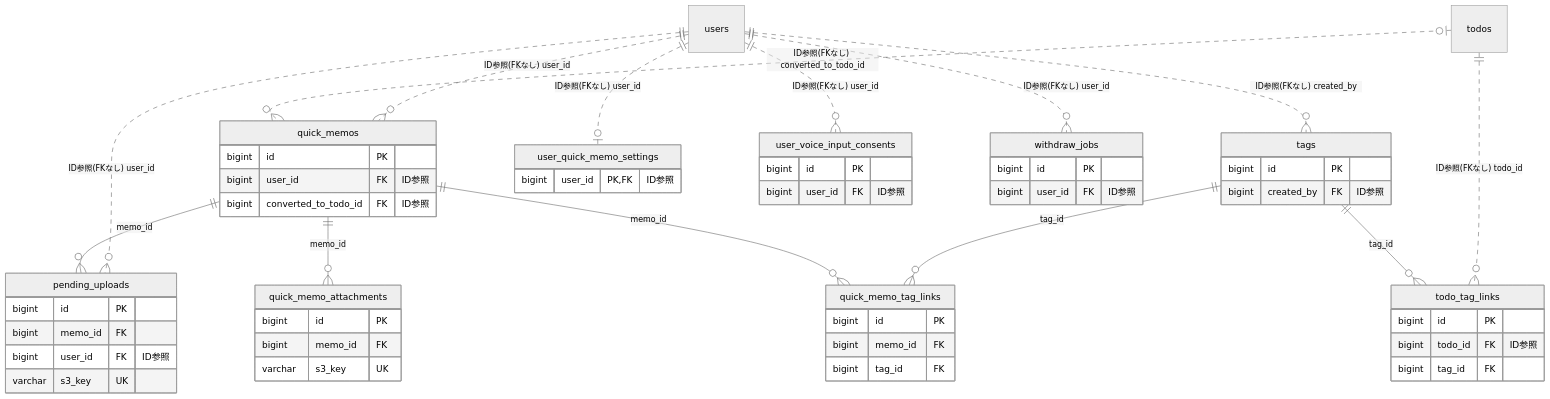
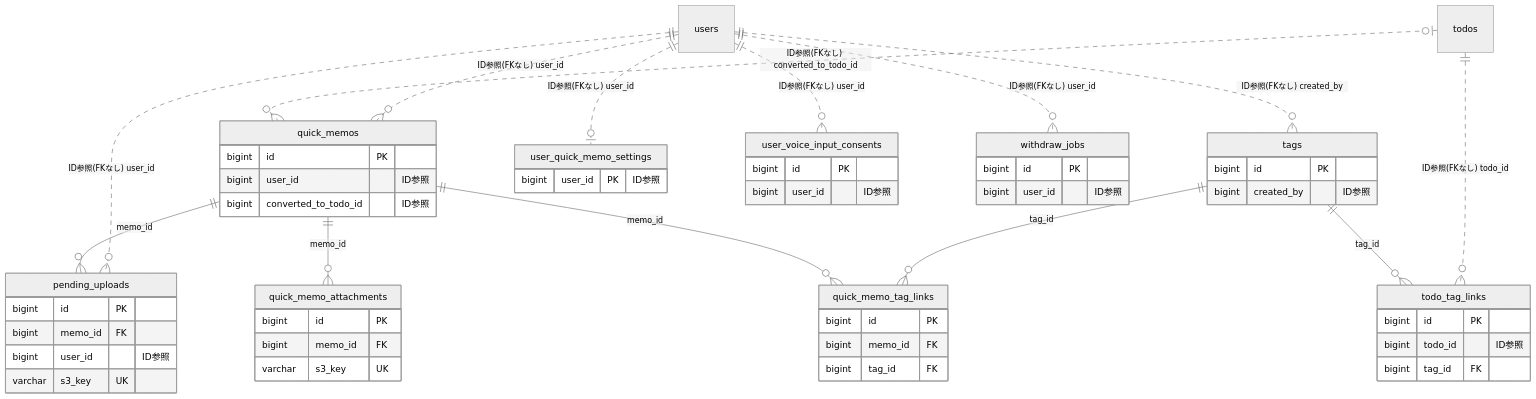
The diagram in docs/architecture/er/quickmemo.md (kenta-0420/mannschaft), drawn with Mermaid (neutral theme) before and after one commit. The commit also changed other lines of this file and 115 other files, not shown here.

Commit message:
改善: ER図のFKマーカーを実FKのみに限定し、被参照の逆引き節とREADME凡例を追加 (PR #4268)

````diff
--- a/docs/architecture/er/quickmemo.md
+++ b/docs/architecture/er/quickmemo.md
@@ -12,59 +12,59 @@
 ```mermaid
 erDiagram
     pending_uploads {
         bigint id PK
         bigint memo_id FK
-        bigint user_id FK "ID参照"
+        bigint user_id "ID参照"
         varchar s3_key UK
     }
     quick_memo_attachments {
         bigint id PK
         bigint memo_id FK
         varchar s3_key UK
     }
     quick_memo_tag_links {
         bigint id PK
         bigint memo_id FK
         bigint tag_id FK
     }
     quick_memos {
         bigint id PK
-        bigint user_id FK "ID参照"
-        bigint converted_to_todo_id FK "ID参照"
+        bigint user_id "ID参照"
+        bigint converted_to_todo_id "ID参照"
     }
     tags {
         bigint id PK
-        bigint created_by FK "ID参照"
+        bigint created_by "ID参照"
     }
     todo_tag_links {
         bigint id PK
-        bigint todo_id FK "ID参照"
+        bigint todo_id "ID参照"
         bigint tag_id FK
     }
     user_quick_memo_settings {
-        bigint user_id PK, FK "ID参照"
+        bigint user_id PK "ID参照"
     }
     user_voice_input_consents {
         bigint id PK
-        bigint user_id FK "ID参照"
+        bigint user_id "ID参照"
     }
     withdraw_jobs {
         bigint id PK
-        bigint user_id FK "ID参照"
+        bigint user_id "ID参照"
     }
     todos
     users
     quick_memos ||--o{ pending_uploads : "memo_id"
     users ||..o{ pending_uploads : "ID参照(FKなし) user_id"
     quick_memos ||--o{ quick_memo_attachments : "memo_id"
     quick_memos ||--o{ quick_memo_tag_links : "memo_id"
     tags ||--o{ quick_memo_tag_links : "tag_id"
     todos |o..o{ quick_memos : "ID参照(FKなし) converted_to_todo_id"
     users ||..o{ quick_memos : "ID参照(FKなし) user_id"
     users ||..o{ tags : "ID参照(FKなし) created_by"
     tags ||--o{ todo_tag_links : "tag_id"
     todos ||..o{ todo_tag_links : "ID参照(FKなし) todo_id"
     users ||..o| user_quick_memo_settings : "ID参照(FKなし) user_id"
     users ||..o{ user_voice_input_consents : "ID参照(FKなし) user_id"
     users ||..o{ withdraw_jobs : "ID参照(FKなし) user_id"
 ```
````
